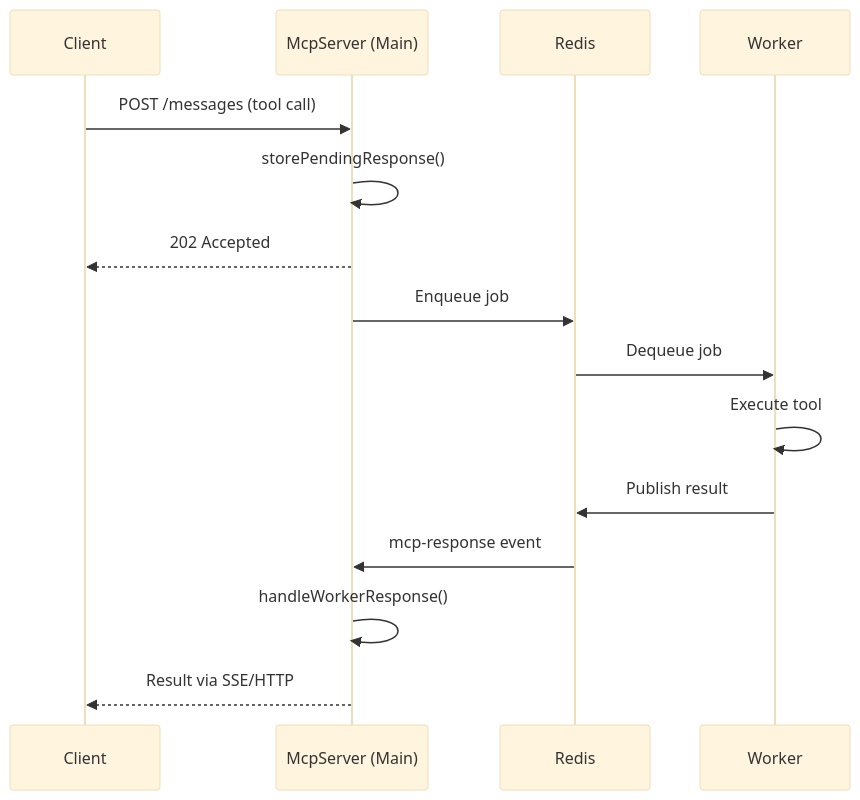
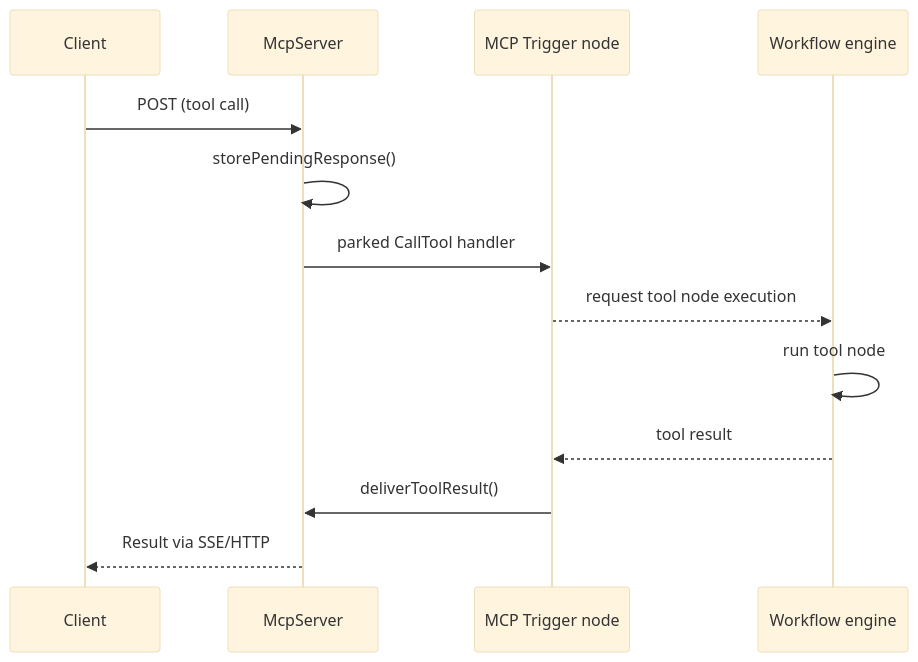
One commit to mayankjain1815-commits/n8n changed the third of 11 diagrams in packages/@n8n/nodes-langchain/nodes/mcp/McpTrigger/README.md. Above: the diagram before and after it, drawn with Mermaid (base theme). The commit also changed other lines of this file and 34 other files, not shown here.

Commit message:
fix(core): Dispatch MCP trigger tool calls through the workflow engine

````diff
--- a/packages/@n8n/nodes-langchain/nodes/mcp/McpTrigger/README.md
+++ b/packages/@n8n/nodes-langchain/nodes/mcp/McpTrigger/README.md
@@ -202,20 +194,16 @@
 ```mermaid
 sequenceDiagram
     participant Client
-    participant Main as McpServer (Main)
-    participant Redis
-    participant Worker
+    participant McpServer
+    participant Trigger as MCP Trigger node
+    participant Engine as Workflow engine
 
-    Client->>Main: POST /messages (tool call)
-    Main->>Main: storePendingResponse()
-    Main-->>Client: 202 Accepted
-    Main->>Redis: Enqueue job
-
-    Redis->>Worker: Dequeue job
-    Worker->>Worker: Execute tool
-    Worker->>Redis: Publish result
-
-    Redis->>Main: mcp-response event
-    Main->>Main: handleWorkerResponse()
-    Main-->>Client: Result via SSE/HTTP
+    Client->>McpServer: POST (tool call)
+    McpServer->>McpServer: storePendingResponse()
+    McpServer->>Trigger: parked CallTool handler
+    Trigger-->>Engine: request tool node execution
+    Engine->>Engine: run tool node
+    Engine-->>Trigger: tool result
+    Trigger->>McpServer: deliverToolResult()
+    McpServer-->>Client: Result via SSE/HTTP
 ```
````
